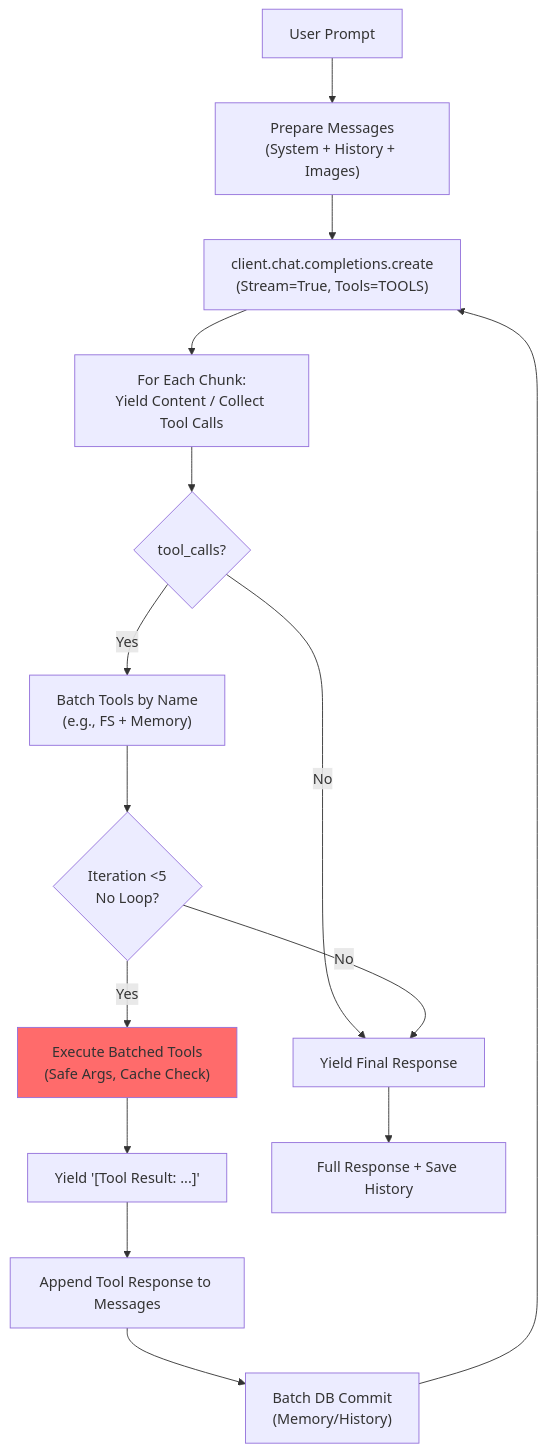
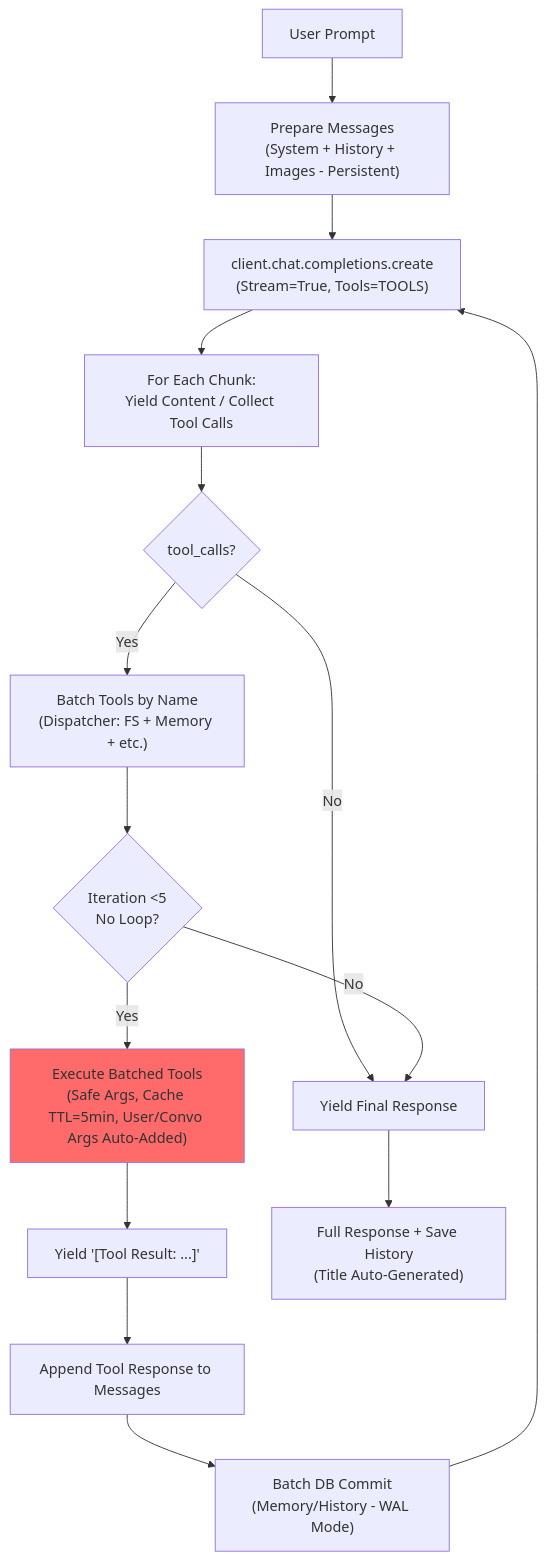
The third of 3 diagrams in README.md (buckster123/ApexOrchestrator), drawn with Mermaid before and after one commit. The commit also changed other lines of this file, not shown here.

````diff
--- a/README.md
+++ b/README.md
@@ -183,18 +183,18 @@
 ```mermaid
 flowchart TD
-    Start["User Prompt"] --> Prep["Prepare Messages\n(System + History + Images)"]
+    Start["User Prompt"] --> Prep["Prepare Messages\n(System + History + Images - Persistent)"]
     Prep --> Stream["client.chat.completions.create\n(Stream=True, Tools=TOOLS)"]
     Stream --> Chunk["For Each Chunk:\nYield Content / Collect Tool Calls"]
     Chunk --> HasTools{"tool_calls?"}
     HasTools -->|No| Done["Yield Final Response"]
-    HasTools -->|Yes| Batch["Batch Tools by Name\n(e.g., FS + Memory)"]
+    HasTools -->|Yes| Batch["Batch Tools by Name\n(Dispatcher: FS + Memory + etc.)"]
     Batch --> LoopCheck{"Iteration <5\nNo Loop?"}
-    LoopCheck -->|Yes| Exec["Execute Batched Tools\n(Safe Args, Cache Check)"]
+    LoopCheck -->|Yes| Exec["Execute Batched Tools\n(Safe Args, Cache TTL=5min, User/Convo Args Auto-Added)"]
     Exec --> YieldTool["Yield '[Tool Result: ...]'"]
     YieldTool --> Append["Append Tool Response to Messages"]
-    Append --> Commit["Batch DB Commit\n(Memory/History)"]
+    Append --> Commit["Batch DB Commit\n(Memory/History - WAL Mode)"]
     Commit --> Stream
     LoopCheck -->|No| Done
-    Done --> End["Full Response + Save History"]
+    Done --> End["Full Response + Save History\n(Title Auto-Generated)"]
     style Exec fill:#ff6b6b
 ```
````
